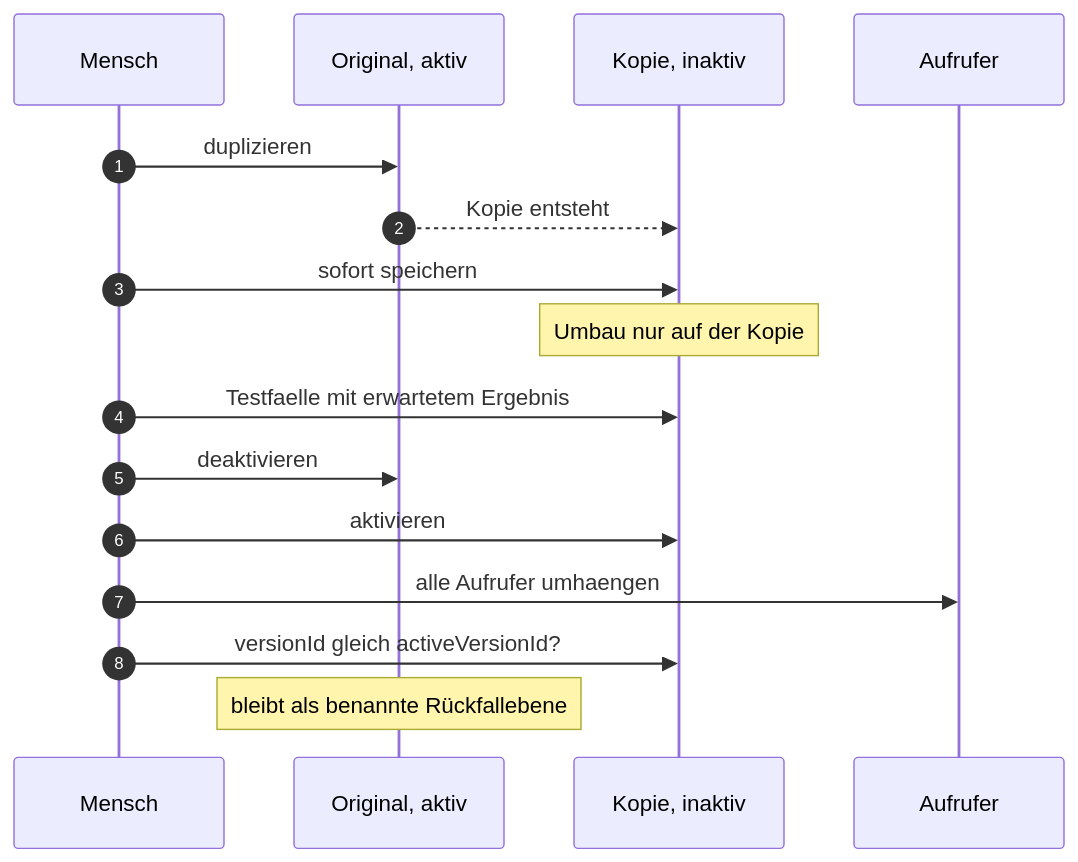
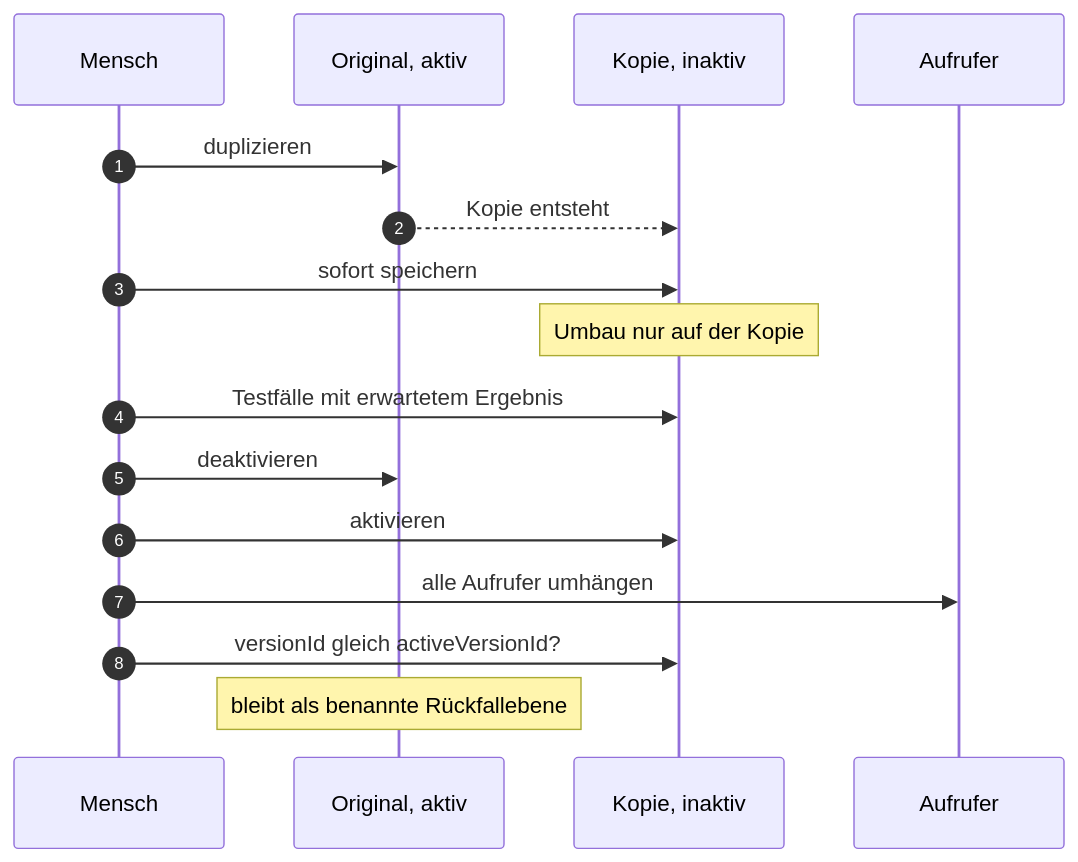
One commit to Oktay-94/n8n-job-automation changed the fourth of 4 diagrams in README.md. Above: the diagram before and after it, drawn with Mermaid. The commit also changed other lines of this file, not shown here.

````diff
--- a/README.md
+++ b/README.md
@@ -140,19 +140,19 @@
 ```mermaid
 sequenceDiagram
     autonumber
     participant M as Mensch
     participant O as Original, aktiv
     participant K as Kopie, inaktiv
     participant A as Aufrufer
 
     M->>O: duplizieren
     O-->>K: Kopie entsteht
     M->>K: sofort speichern
     Note over K: Umbau nur auf der Kopie
-    M->>K: Testfaelle mit erwartetem Ergebnis
+    M->>K: Testfälle mit erwartetem Ergebnis
     M->>O: deaktivieren
     M->>K: aktivieren
-    M->>A: alle Aufrufer umhaengen
+    M->>A: alle Aufrufer umhängen
     M->>K: versionId gleich activeVersionId?
     Note over O: bleibt als benannte Rückfallebene
 ```
````
